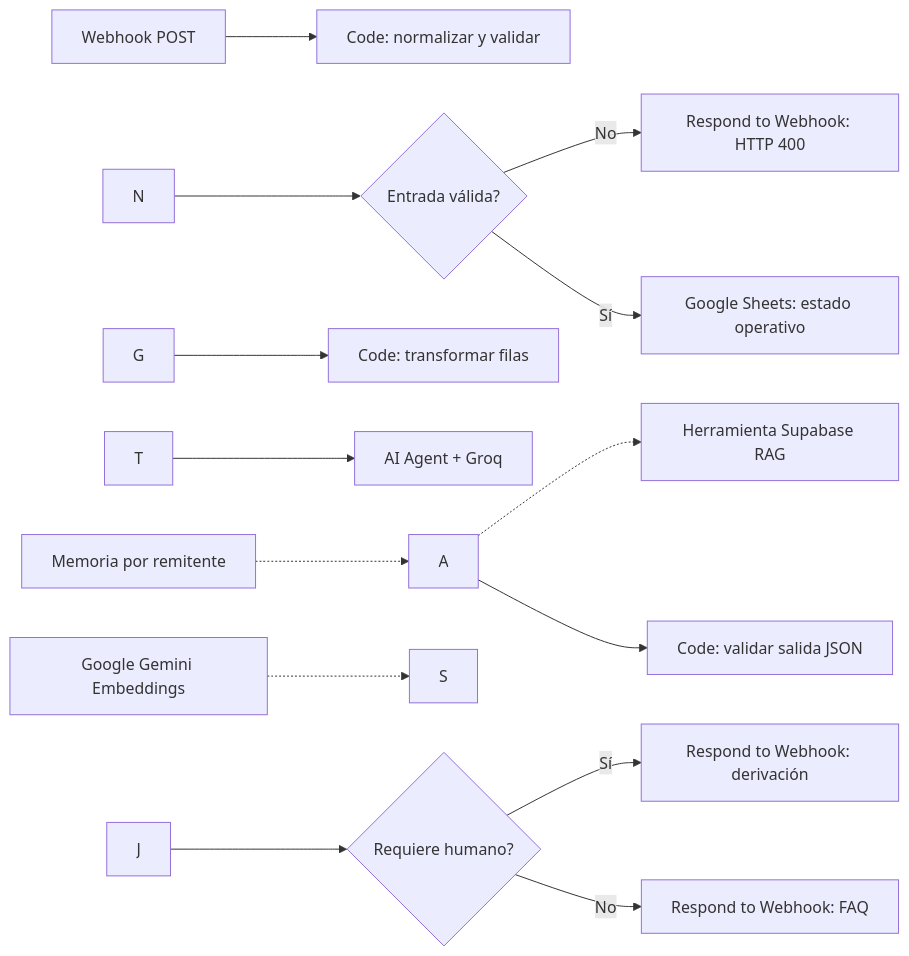
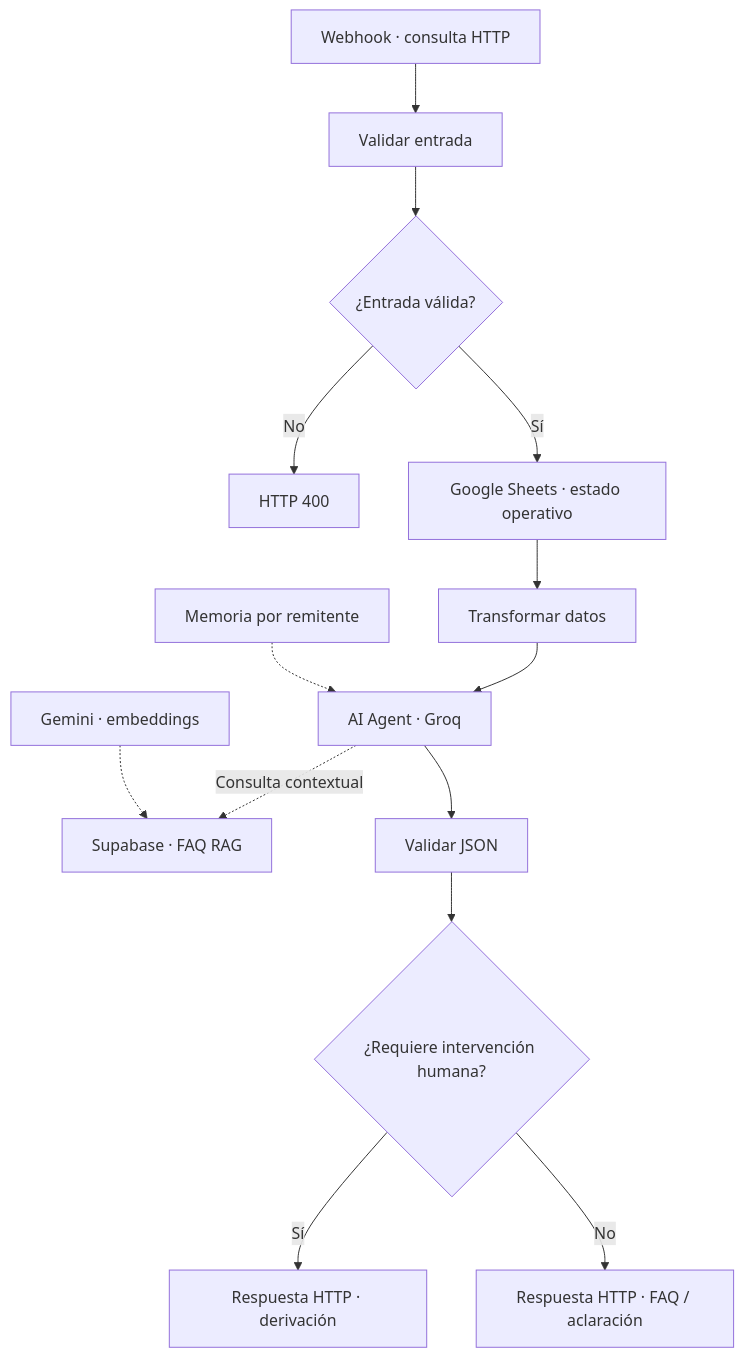
One commit to brianpaulmas/playuzu-ai-support-rag changed the diagram in README.md. Above: the diagram before and after it, drawn with Mermaid. The commit also changed other lines of this file, not shown here.

````diff
--- a/README.md
+++ b/README.md
@@ -27,16 +80,16 @@
 ```mermaid
-flowchart LR
-  W\[Webhook POST] --> N\[Code: normalizar y validar]
-  N --> I{Entrada válida?}
-  I -->|No| E\[Respond to Webhook: HTTP 400]
-  I -->|Sí| G\[Google Sheets: estado operativo]
-  G --> T\[Code: transformar filas]
-  T --> A\[AI Agent + Groq]
-  M\[Memoria por remitente] -.-> A
-  A -.-> S\[Herramienta Supabase RAG]
-  B\[Google Gemini Embeddings] -.-> S
-  A --> J\[Code: validar salida JSON]
-  J --> D{Requiere humano?}
-  D -->|Sí| H\[Respond to Webhook: derivación]
-  D -->|No| F\[Respond to Webhook: FAQ]
+flowchart TB
+    A["Webhook · consulta HTTP"] --> B["Validar entrada"]
+    B --> C{"¿Entrada válida?"}
+    C -- No --> X["HTTP 400"]
+    C -- Sí --> D["Google Sheets · estado operativo"]
+    D --> E["Transformar datos"]
+    E --> F["AI Agent · Groq"]
+    M["Memoria por remitente"] -.-> F
+    F -. "Consulta contextual" .-> R["Supabase · FAQ RAG"]
+    G["Gemini · embeddings"] -.-> R
+    F --> H["Validar JSON"]
+    H --> I{"¿Requiere intervención humana?"}
+    I -- Sí --> J["Respuesta HTTP · derivación"]
+    I -- No --> K["Respuesta HTTP · FAQ / aclaración"]
 ```
````
